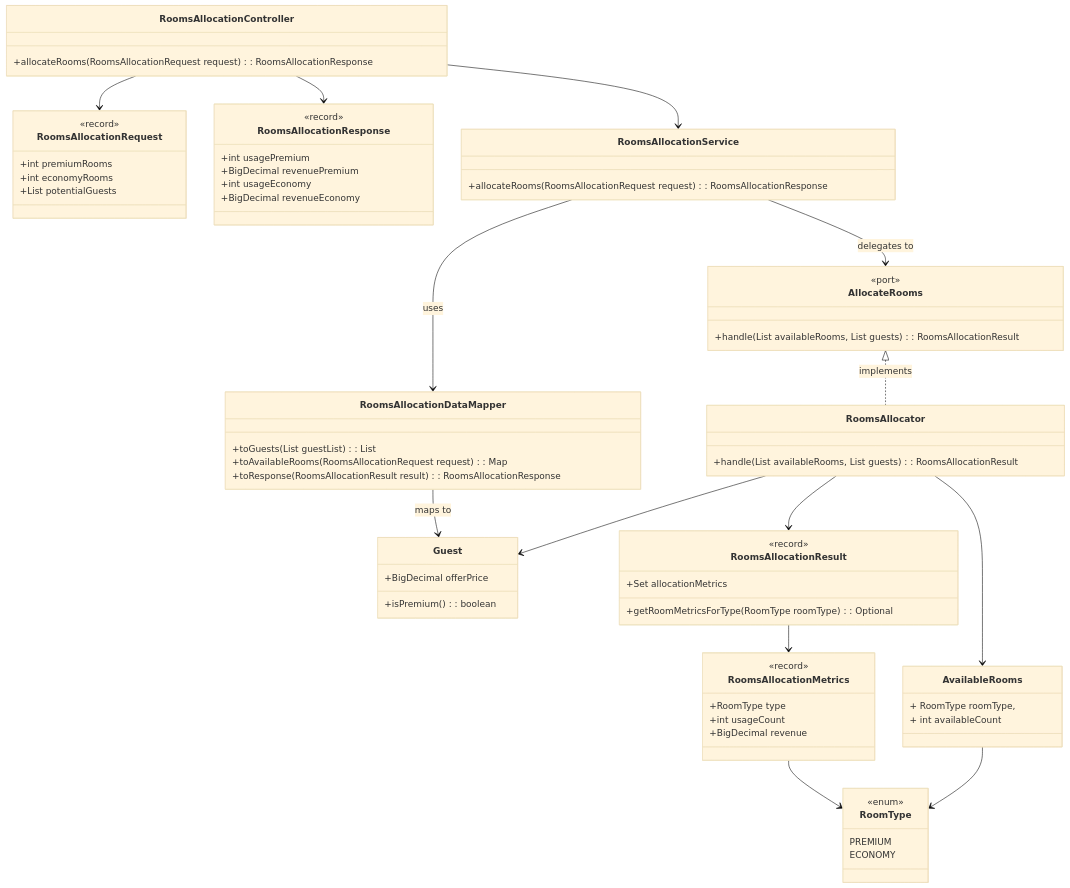
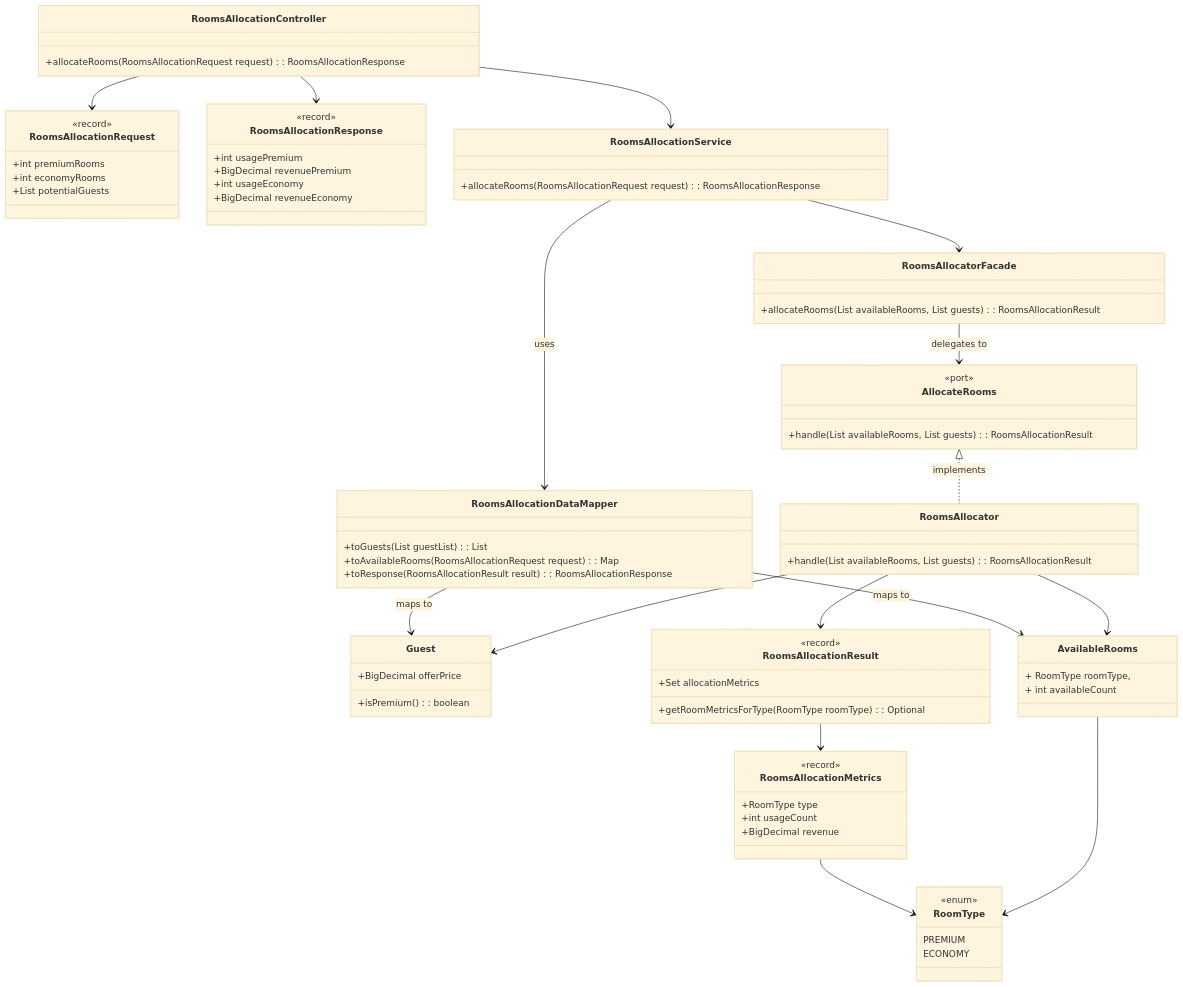
One commit to egnbjork/HotelRoomAllocation changed the diagram in docs/class_diagram.mmd. Above: the diagram before and after it, drawn with Mermaid (base theme). The commit also changed 7 other files, not shown here.

```diff
--- a/docs/class_diagram.mmd
+++ b/docs/class_diagram.mmd
@@ -1,84 +1,90 @@
 classDiagram
 direction TB
 
     class RoomsAllocationController {
         +allocateRooms(RoomsAllocationRequest request): RoomsAllocationResponse
     }
 
     class RoomsAllocationRequest {
         <<record>>
         +int premiumRooms
         +int economyRooms
         +List<BigDecimal> potentialGuests
     }
 
     class RoomsAllocationResponse {
         <<record>>
         +int usagePremium
         +BigDecimal revenuePremium
         +int usageEconomy
         +BigDecimal revenueEconomy
     }
 
     class RoomsAllocationService {
         +allocateRooms(RoomsAllocationRequest request): RoomsAllocationResponse
+    }
+
+    class RoomsAllocatorFacade {
+        +allocateRooms(List<AvailableRooms> availableRooms, List<Guest> guests): RoomsAllocationResult
     }
 
     class RoomsAllocationDataMapper {
         +toGuests(List<BigDecimal> guestList): List<Guest>
         +toAvailableRooms(RoomsAllocationRequest request): Map<RoomType, Integer>
         +toResponse(RoomsAllocationResult result): RoomsAllocationResponse
     }
 
     class Guest {
 	    +BigDecimal offerPrice
         +isPremium(): boolean
     }
 
     class AllocateRooms {
         <<port>>
         +handle(List<AvailableRooms> availableRooms, List<Guest> guests): RoomsAllocationResult
     }
 
     class RoomsAllocator {
         +handle(List<AvailableRooms> availableRooms, List<Guest> guests): RoomsAllocationResult
     }
 
     class AvailableRooms {
         + RoomType roomType,
         + int availableCount
     }
 
     class RoomsAllocationResult {
         <<record>>
         +Set<RoomsAllocationMetrics> allocationMetrics
         +getRoomMetricsForType(RoomType roomType): Optional<RoomsAllocationMetrics>
     }
 
     class RoomsAllocationMetrics {
         <<record>>
         +RoomType type
         +int usageCount
         +BigDecimal revenue
     }
 
 
     class RoomType {
         <<enum>>
         PREMIUM
         ECONOMY
     }
 
     RoomsAllocationController --> RoomsAllocationRequest
     RoomsAllocationController --> RoomsAllocationResponse
     RoomsAllocationController --> RoomsAllocationService
     RoomsAllocationService --> RoomsAllocationDataMapper :uses
     RoomsAllocationDataMapper --> Guest :maps to
-    RoomsAllocationService --> AllocateRooms :delegates to
+    RoomsAllocationDataMapper --> AvailableRooms :maps to
+    RoomsAllocationService --> RoomsAllocatorFacade
+    RoomsAllocatorFacade --> AllocateRooms :delegates to
     AllocateRooms <|.. RoomsAllocator : implements
     RoomsAllocator --> RoomsAllocationResult
     RoomsAllocationResult --> RoomsAllocationMetrics
     RoomsAllocationMetrics --> RoomType
     RoomsAllocator --> Guest
     AvailableRooms --> RoomType
     RoomsAllocator --> AvailableRooms
```
